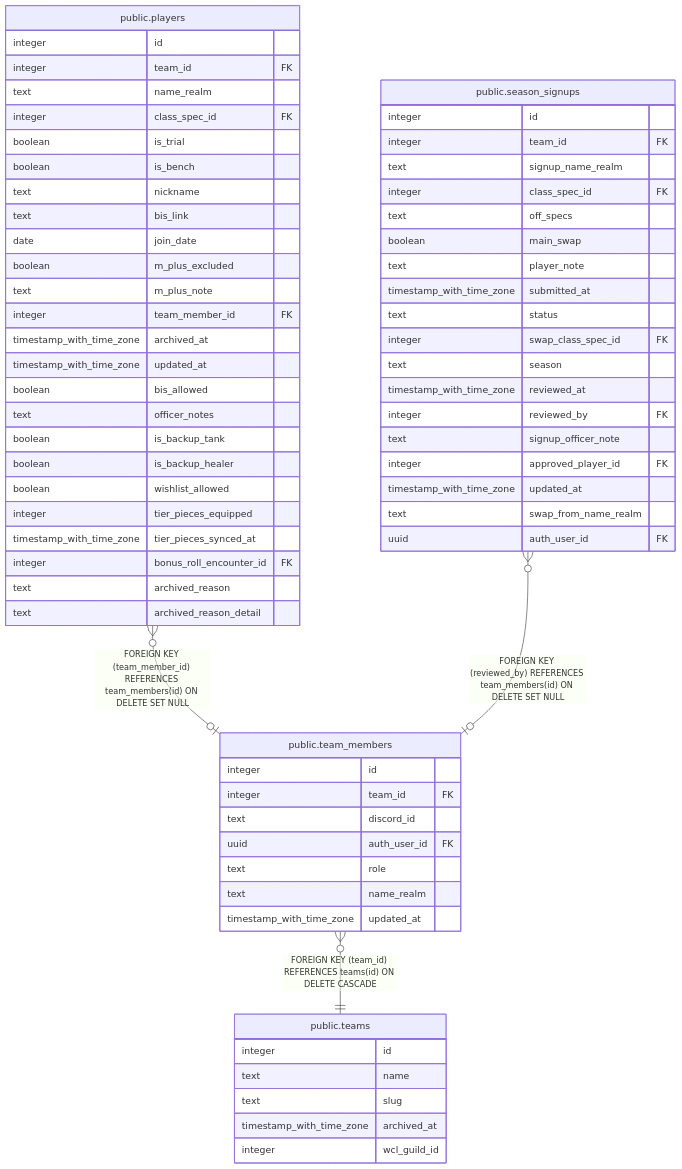
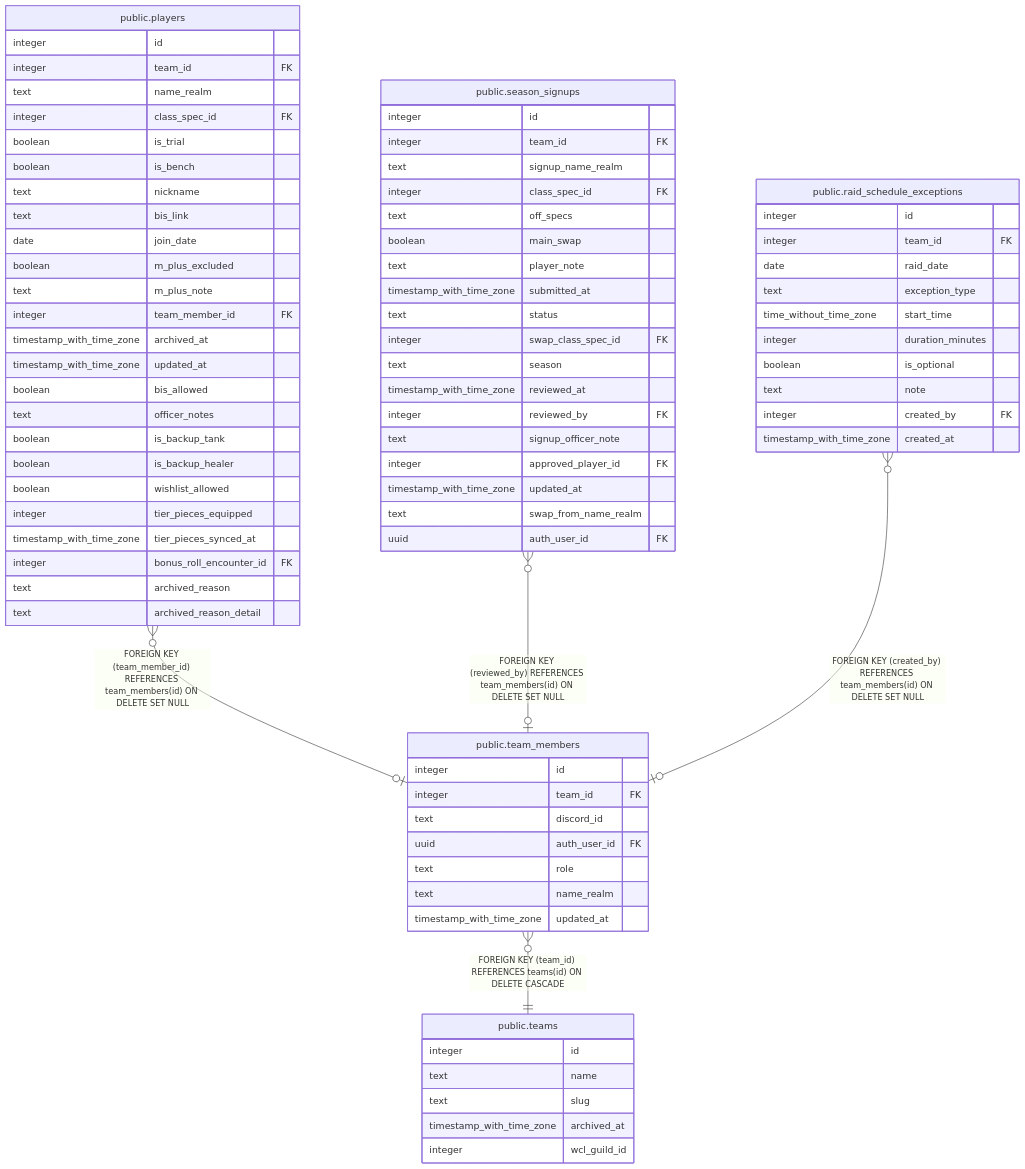
One commit to katogaming88/Phoenix-Roster changed the diagram in dbdoc/public.team_members.md. Above: the diagram before and after it, drawn with Mermaid. The commit also changed other lines of this file and 23 other files, not shown here.

First line of the commit message:
Raid Calendar Phase 1: schedule schema + real-data read-only calendar (#898)

```diff
--- a/dbdoc/public.team_members.md
+++ b/dbdoc/public.team_members.md
@@ -42,6 +42,7 @@
 
 "public.players" }o--o| "public.team_members" : "FOREIGN KEY (team_member_id) REFERENCES team_members(id) ON DELETE SET NULL"
 "public.season_signups" }o--o| "public.team_members" : "FOREIGN KEY (reviewed_by) REFERENCES team_members(id) ON DELETE SET NULL"
+"public.raid_schedule_exceptions" }o--o| "public.team_members" : "FOREIGN KEY (created_by) REFERENCES team_members(id) ON DELETE SET NULL"
 "public.team_members" }o--|| "public.teams" : "FOREIGN KEY (team_id) REFERENCES teams(id) ON DELETE CASCADE"
 
 "public.team_members" {
@@ -99,6 +100,18 @@
   text swap_from_name_realm
   uuid auth_user_id FK
 }
+"public.raid_schedule_exceptions" {
+  integer id
+  integer team_id FK
+  date raid_date
+  text exception_type
+  time_without_time_zone start_time
+  integer duration_minutes
+  boolean is_optional
+  text note
+  integer created_by FK
+  timestamp_with_time_zone created_at
+}
 "public.teams" {
   integer id
   text name
```
